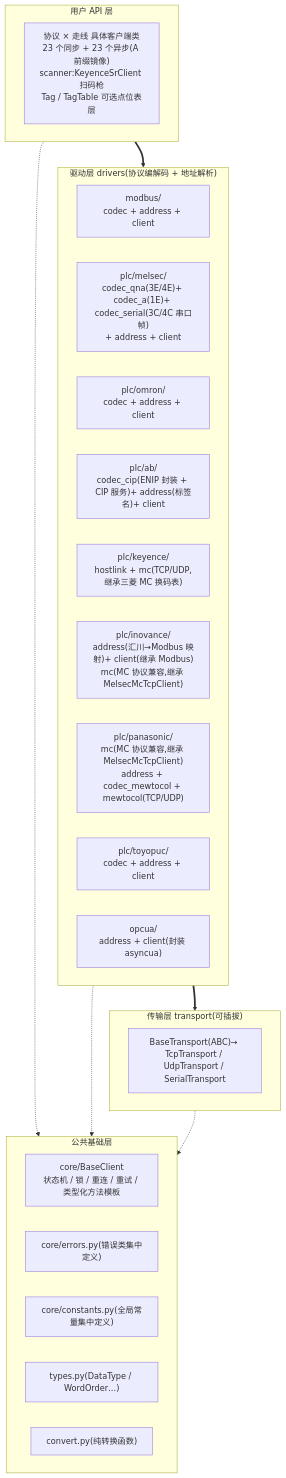
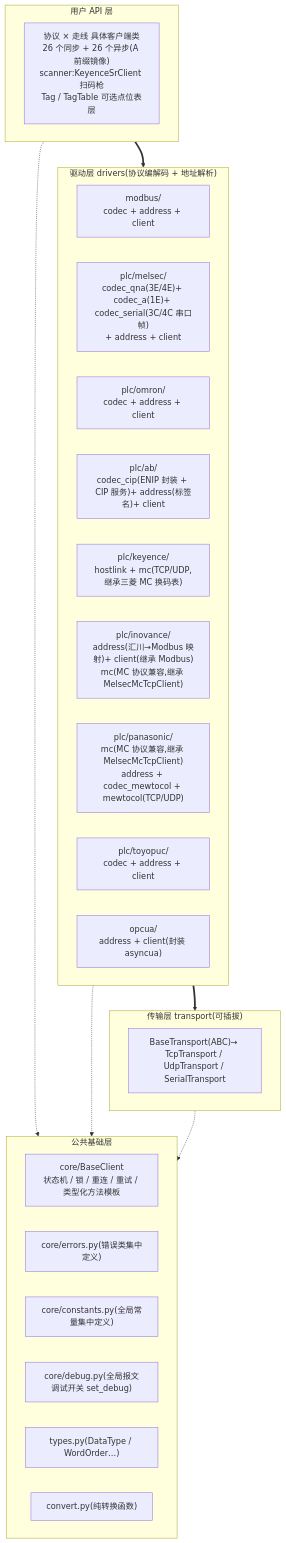
Before and after one commit to yunluo/omniplc: the first of 3 diagrams in docs/architecture.md, drawn with Mermaid. The commit also changed other lines of this file and 10 other files, not shown here.

Commit message:
全局报文调试开关:omniplc.set_debug(True) 输出各协议请求/响应报文(走线型传输层统一十六进制 + 连接事件,会话型 OPC-UA/ADS/MX 操作级日志;logging 记录器 omniplc.debug,无日志配置自动落 stderr)

````diff
--- a/docs/architecture.md
+++ b/docs/architecture.md
@@ -13,33 +13,34 @@
 ```mermaid
 flowchart TB
     subgraph UserApi["用户 API 层"]
-        Clients["协议 × 走线 具体客户端类<br/>23 个同步 + 23 个异步(A 前缀镜像)<br/>scanner:KeyenceSrClient 扫码枪<br/>Tag / TagTable 可选点位表层"]
+        Clients["协议 × 走线 具体客户端类<br/>26 个同步 + 26 个异步(A 前缀镜像)<br/>scanner:KeyenceSrClient 扫码枪<br/>Tag / TagTable 可选点位表层"]
     end
     subgraph Drivers["驱动层 drivers(协议编解码 + 地址解析)"]
         Modbus["modbus/<br/>codec + address + client"]
         Melsec["plc/melsec/<br/>codec_qna(3E/4E)+ codec_a(1E)+ codec_serial(3C/4C 串口帧)<br/>+ address + client"]
         Omron["plc/omron/<br/>codec + address + client"]
         Ab["plc/ab/<br/>codec_cip(ENIP 封装 + CIP 服务)+ address(标签名)+ client"]
         Keyence["plc/keyence/<br/>hostlink + mc(TCP/UDP,继承三菱 MC 换码表)"]
         InovanceD["plc/inovance/<br/>address(汇川→Modbus 映射)+ client(继承 Modbus)<br/>mc(MC 协议兼容,继承 MelsecMcTcpClient)"]
         PanasonicD["plc/panasonic/<br/>mc(MC 协议兼容,继承 MelsecMcTcpClient)<br/>address + codec_mewtocol + mewtocol(TCP/UDP)"]
         Toyopuc["plc/toyopuc/<br/>codec + address + client"]
         Opcua["opcua/<br/>address + client(封装 asyncua)"]
     end
     subgraph TransportLayer["传输层 transport(可插拔)"]
         TransportList["BaseTransport(ABC)→ TcpTransport / UdpTransport / SerialTransport"]
     end
     subgraph CoreLayer["公共基础层"]
         BaseClientC["core/BaseClient<br/>状态机 / 锁 / 重连 / 重试 / 类型化方法模板"]
         Errors["core/errors.py(错误类集中定义)"]
         Constants["core/constants.py(全局常量集中定义)"]
+        DebugC["core/debug.py(全局报文调试开关 set_debug)"]
         TypesC["types.py(DataType / WordOrder…)"]
         ConvertC["convert.py(纯转换函数)"]
     end
 
     UserApi ==> Drivers
     Drivers ==> TransportLayer
     UserApi -.-> CoreLayer
     Drivers -.-> CoreLayer
     TransportLayer -.-> CoreLayer
 ```
````
